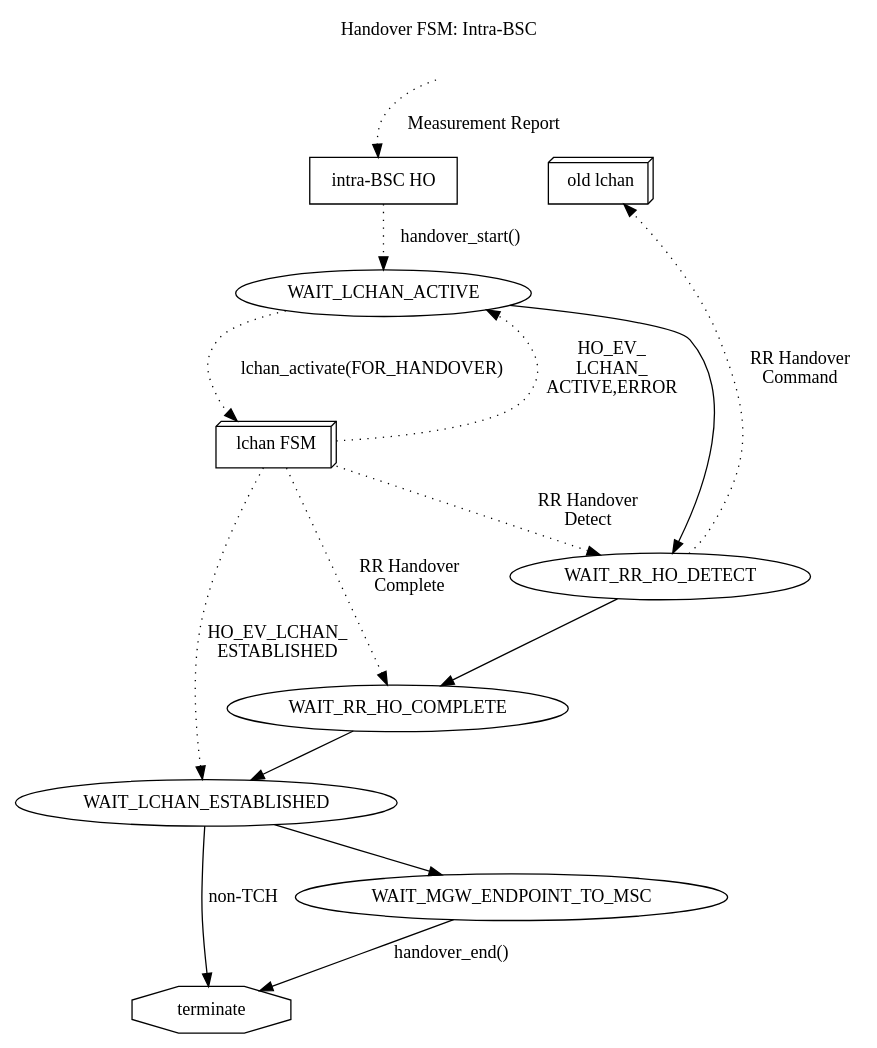
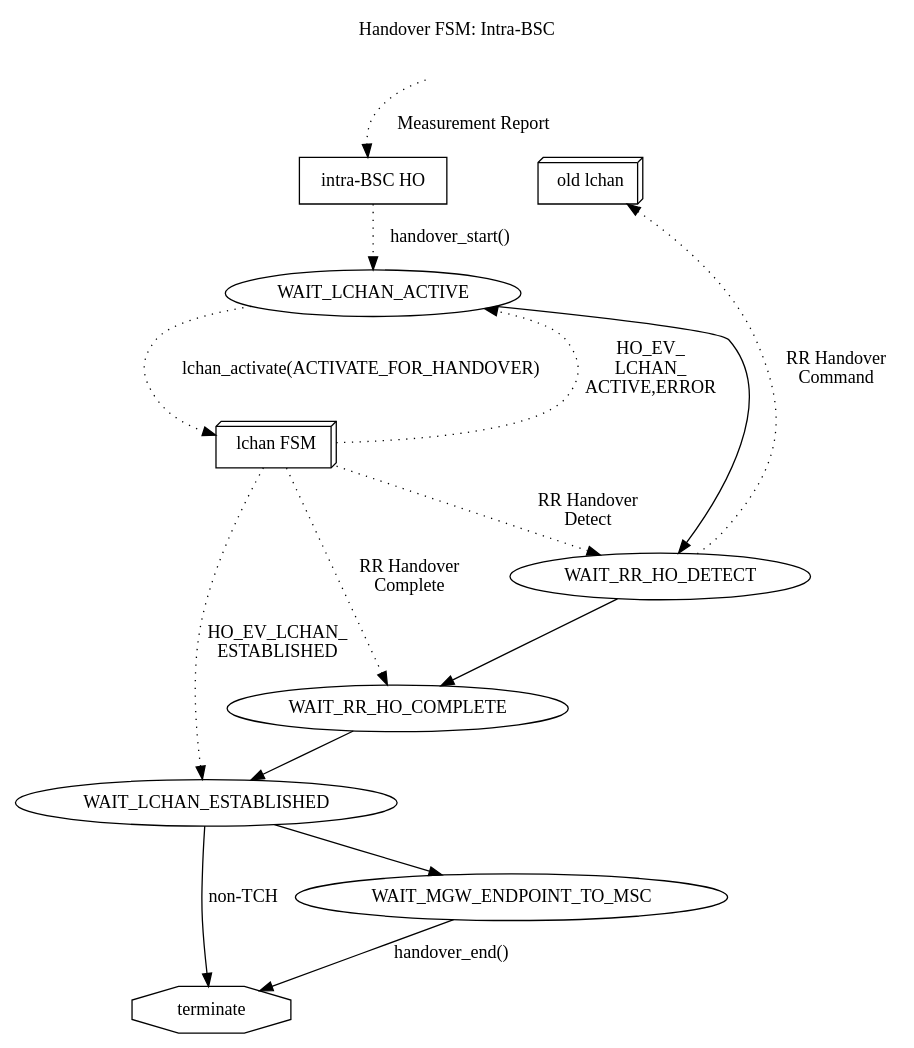
Before and after one commit to osmocom/osmo-bsc: the diagram in doc/handover-intra-bsc-fsm.dot, drawn with Graphviz. The commit also changed 11 other files, not shown here.

```diff
--- a/doc/handover-intra-bsc-fsm.dot
+++ b/doc/handover-intra-bsc-fsm.dot
@@ -1,30 +1,30 @@
 digraph G {
 rankdir=TB
 labelloc=t; label="Handover FSM: Intra-BSC"
 
         lchan [label="lchan FSM",shape=box3d]
         intra [label="intra-BSC HO",shape=box]
         old_lchan [label="old lchan",shape=box3d]
 	terminate [shape=octagon]
 
 	invisible [style="invisible"]
 	invisible -> intra [label="Measurement Report",style=dotted]
 	invisible -> old_lchan [style=invisible,arrowhead=none]
 
 	intra -> WAIT_LCHAN_ACTIVE [label="handover_start()",style=dotted]
-        WAIT_LCHAN_ACTIVE -> lchan [label="lchan_activate(FOR_HANDOVER)",style=dotted]
+        WAIT_LCHAN_ACTIVE -> lchan [label="lchan_activate(ACTIVATE_FOR_HANDOVER)",style=dotted]
 	lchan -> WAIT_LCHAN_ACTIVE [label="HO_EV_\nLCHAN_\nACTIVE,ERROR",style=dotted,constraint=false]
         WAIT_LCHAN_ACTIVE -> WAIT_RR_HO_DETECT
         WAIT_RR_HO_DETECT -> old_lchan [label="RR Handover\nCommand",style=dotted,constraint=false]
 	
 	lchan -> WAIT_RR_HO_DETECT [label="RR Handover\nDetect",style=dotted]
 	WAIT_RR_HO_DETECT -> WAIT_RR_HO_COMPLETE
 
 	lchan -> WAIT_RR_HO_COMPLETE [label="RR Handover\nComplete",style=dotted]
 	WAIT_RR_HO_COMPLETE -> WAIT_LCHAN_ESTABLISHED
 	lchan -> WAIT_LCHAN_ESTABLISHED [label="HO_EV_LCHAN_\nESTABLISHED",style=dotted]
 
 	WAIT_LCHAN_ESTABLISHED -> terminate [label="non-TCH"]
 	WAIT_LCHAN_ESTABLISHED -> WAIT_MGW_ENDPOINT_TO_MSC
 	WAIT_MGW_ENDPOINT_TO_MSC -> terminate [label="handover_end()"]
 }
```
